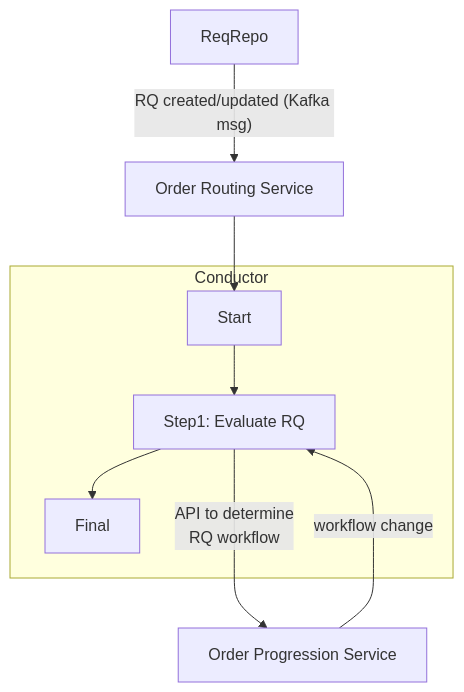
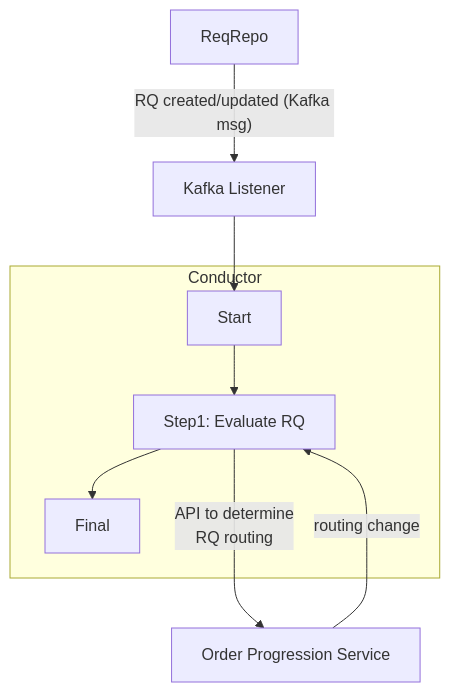
The diagram in playground.md (jd-brennan/doc), drawn with Mermaid before and after one commit. The commit also changed 3 other files, not shown here.

````diff
--- a/playground.md
+++ b/playground.md
@@ -17,11 +17,11 @@
 ```mermaid
 flowchart TB
     RR[ReqRepo] -- "RQ created/updated (Kafka msg)" --> ORS
-    ORS["Order Routing Service"] --> Start
-    Step1 -- "API to determine <br/>RQ workflow" ---> OPS
-    OPS["Order Progression Service"] -- workflow change ---> Step1
+    ORS["Kafka Listener"] --> Start
+    Step1 -- "API to determine <br/>RQ routing" --> OPS
+    OPS["Order Progression Service"] -- routing change ---> Step1
     subgraph "Conductor"
         Start --> Step1["Step1: Evaluate RQ"]
-	Step1 --> Final
+	    Step1 --> Final
 end
 ```
````
